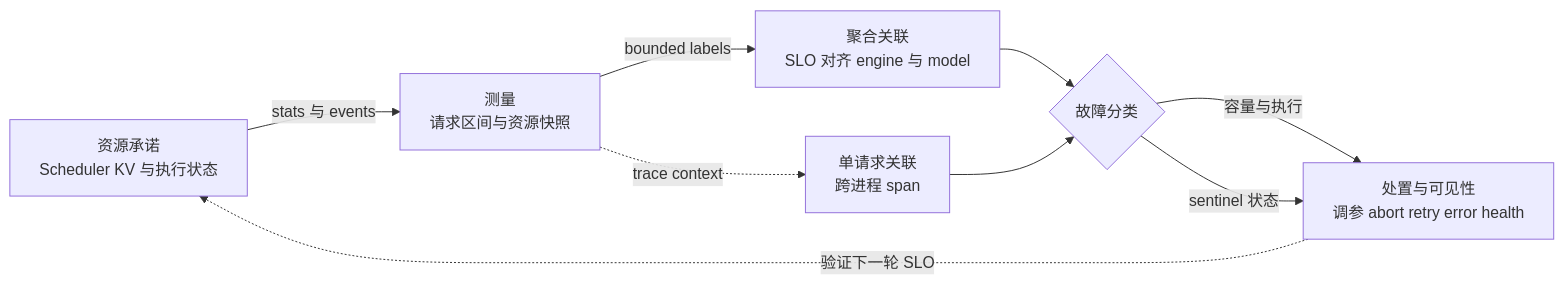
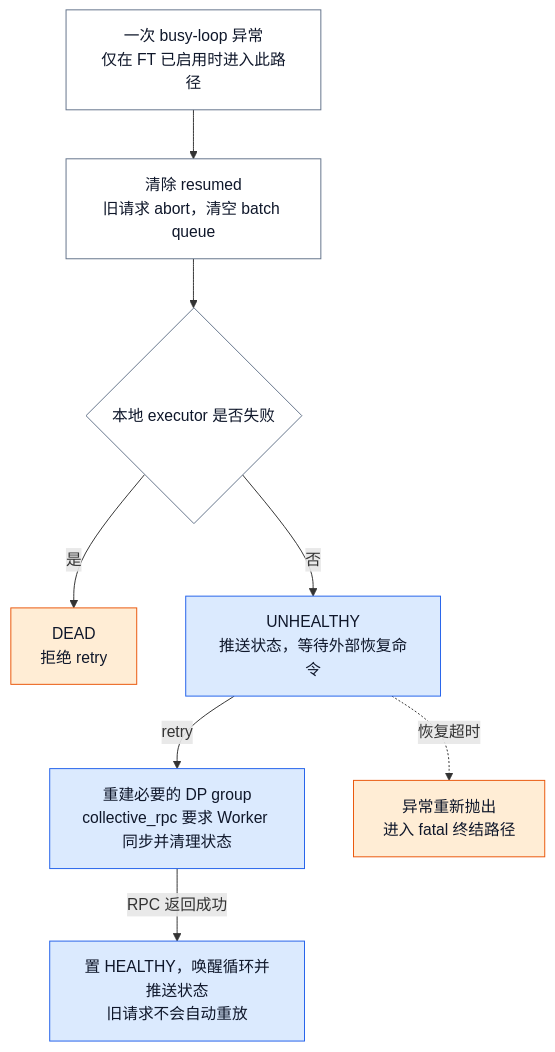
Before and after one commit to suhaibo666/llm-knowledge: the second of 2 diagrams in wiki/02_engineering/03_infer_frameworks/vllm/27_vllm_observability_reliability_analysis.md, drawn with Mermaid. The commit also changed other lines of this file and 49 other files, not shown here.

````diff
--- a/wiki/02_engineering/03_infer_frameworks/vllm/27_vllm_observability_reliability_analysis.md
+++ b/wiki/02_engineering/03_infer_frameworks/vllm/27_vllm_observability_reliability_analysis.md
@@ -36,11 +97,16 @@
 ```mermaid
-flowchart LR
-  C["资源承诺<br/>Scheduler KV 与执行状态"] -->|stats 与 events| M["测量<br/>请求区间与资源快照"]
-  M -->|bounded labels| A["聚合关联<br/>SLO 对齐 engine 与 model"]
-  M -.->|trace context| R["单请求关联<br/>跨进程 span"]
-  A --> F{"故障分类"}
-  R --> F
-  F -->|容量与执行| V["处置与可见性<br/>调参 abort retry error health"]
-  F -->|sentinel 状态| V
-  V -.->|验证下一轮 SLO| C
+flowchart TB
+  A["一次 busy-loop 异常<br/>仅在 FT 已启用时进入此路径"] --> B["清除 resumed<br/>旧请求 abort，清空 batch queue"]
+  B --> C{本地 executor 是否失败}
+  C -->|是| D["DEAD<br/>拒绝 retry"]
+  C -->|否| E["UNHEALTHY<br/>推送状态，等待外部恢复命令"]
+  E -->|retry| F["重建必要的 DP group<br/>collective_rpc 要求 Worker 同步并清理状态"]
+  F -->|RPC 返回成功| G["置 HEALTHY，唤醒循环并推送状态<br/>旧请求不会自动重放"]
+  E -.->|恢复超时| H["异常重新抛出<br/>进入 fatal 终结路径"]
+  classDef neutral fill:#ffffff,stroke:#64748b,color:#0f172a
+  classDef acc1 fill:#dbeafe,stroke:#2563eb,color:#0f172a
+  classDef acc2 fill:#ffedd5,stroke:#ea580c,color:#0f172a
+  class A,B,C neutral
+  class E,F,G acc1
+  class D,H acc2
 ```
````
